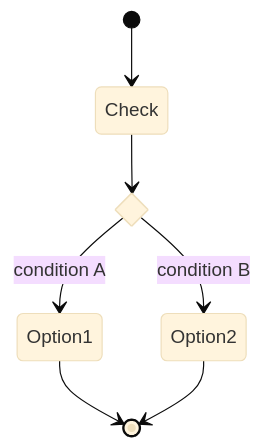
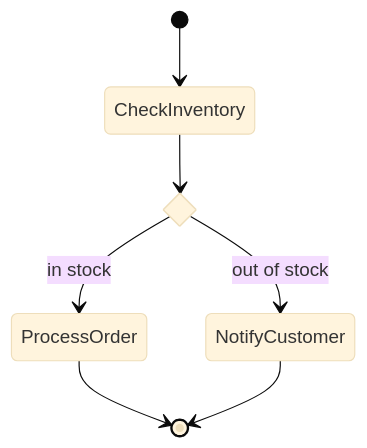
One commit to hgrabows/diagrammer-skills changed the fourth of 13 diagrams in skills/diagrammer/specs/mermaid/stateDiagram.md. Above: the diagram before and after it, drawn with Mermaid (base theme). The commit also changed other lines of this file and 127 other files, not shown here.

First line of the commit message:
feat: audit all specs, add example gallery, fix PlantUML and Gantt rendering

````diff
--- a/skills/diagrammer/specs/mermaid/stateDiagram.md
+++ b/skills/diagrammer/specs/mermaid/stateDiagram.md
@@ -91,10 +79,10 @@
 ```mermaid
-stateDiagram
-    state ChoiceState <<choice>>
-    [*] --> Check
-    Check --> ChoiceState
-    ChoiceState --> Option1 : condition A
-    ChoiceState --> Option2 : condition B
-    Option1 --> [*]
-    Option2 --> [*]
+stateDiagram-v2
+    state stock_check <<choice>>
+    [*] --> CheckInventory
+    CheckInventory --> stock_check
+    stock_check --> ProcessOrder : in stock
+    stock_check --> NotifyCustomer : out of stock
+    ProcessOrder --> [*]
+    NotifyCustomer --> [*]
 ```
````
